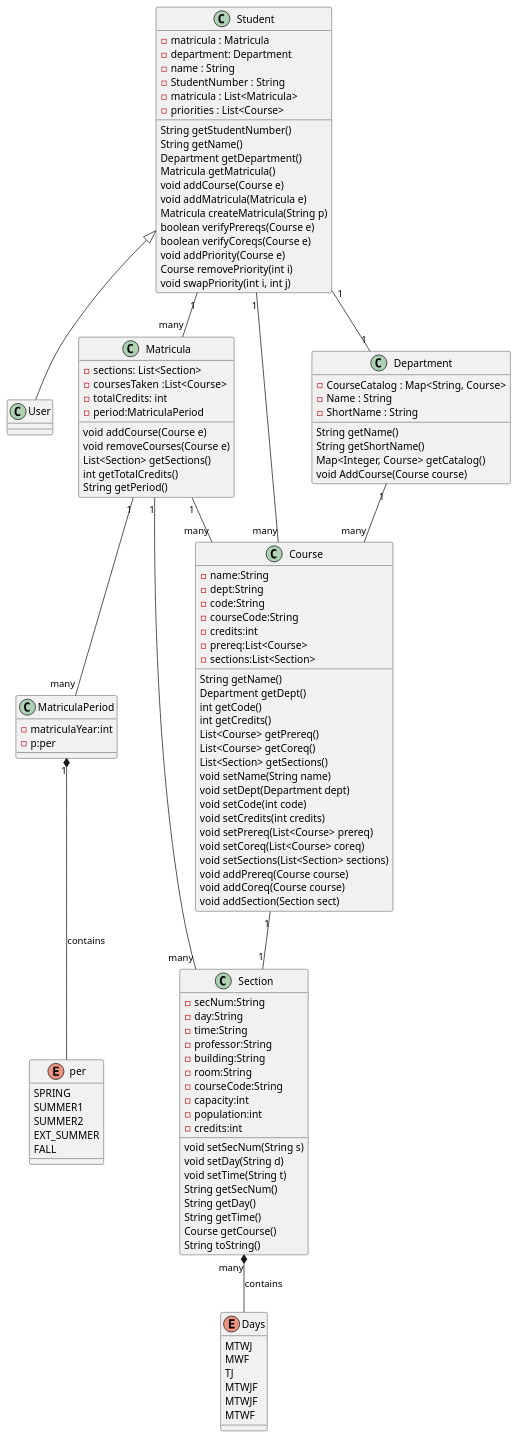
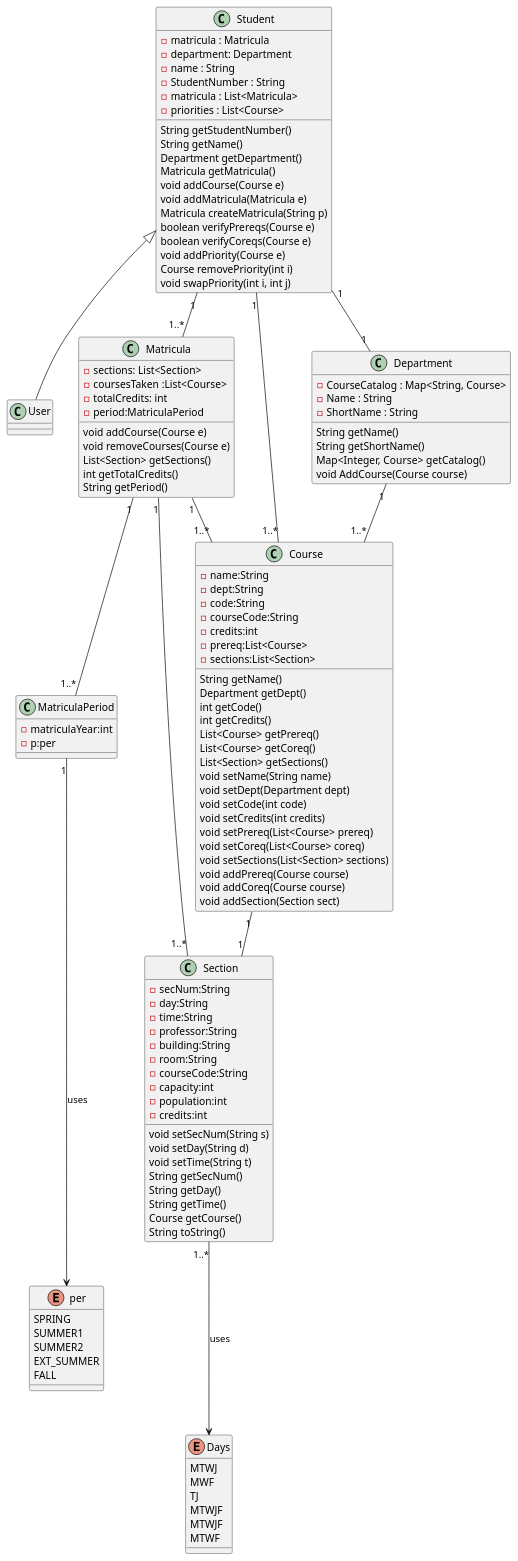
Before and after one commit to uprm-inso-4101-2020-2021-S1/semester-project-almond-software-llc: the diagram in front-end/src/classDiagram.puml, drawn with PlantUML.

Commit message:
updated diagram

```diff
--- a/front-end/src/classDiagram.puml
+++ b/front-end/src/classDiagram.puml
@@ -1,122 +1,122 @@
 @startuml classDiagram
 Student <|-- User
-MatriculaPeriod "1" *-- per:contains
-Section "many" *-- Days:contains
-Student "1" -- "many" Matricula 
-Student "1" -- "many" Course
+MatriculaPeriod "1" ---> per:uses
+Section "1..*" ---> Days:uses
+Student "1" -- "1..*" Matricula 
+Student "1" -- "1..*" Course
 Student "1" -- "1" Department
-Department "1" -- "many" Course
-Matricula "1" -- "many" Section
-Matricula "1" -- "many" Course
+Department "1" -- "1..*" Course
+Matricula "1" -- "1..*" Section
+Matricula "1" -- "1..*" Course
 Course "1" -- "1" Section
-Matricula "1" -- "many" MatriculaPeriod
+Matricula "1" -- "1..*" MatriculaPeriod
 
 Class Student{
     -matricula : Matricula
     -department: Department
     -name : String
     -StudentNumber : String
     -matricula : List<Matricula>
     -priorities : List<Course>
     String getStudentNumber()
     String getName()
     Department getDepartment()
     Matricula getMatricula()
     void addCourse(Course e)
     void addMatricula(Matricula e)
     Matricula createMatricula(String p)
     boolean verifyPrereqs(Course e)
     boolean verifyCoreqs(Course e)
     void addPriority(Course e)
     Course removePriority(int i)
     void swapPriority(int i, int j)
 }
 Class Department{
     -CourseCatalog : Map<String, Course>
     -Name : String
     -ShortName : String
     String getName()
     String getShortName()
     Map<Integer, Course> getCatalog()
     void AddCourse(Course course)
 
 }
 Class Matricula{
     -sections: List<Section>
     -coursesTaken :List<Course>
     -totalCredits: int
     -period:MatriculaPeriod
     void addCourse(Course e)
     void removeCourses(Course e)
     List<Section> getSections()
     int getTotalCredits()
     String getPeriod()
     
 }
 class MatriculaPeriod{
     -matriculaYear:int
     -p:per
 }
 enum per{
     SPRING 
     SUMMER1
     SUMMER2
     EXT_SUMMER
     FALL
 }
 Class Course{
     -name:String
     -dept:String
     -code:String
     -courseCode:String
     -credits:int
     -prereq:List<Course>
     -sections:List<Section>
     String getName()
     Department getDept()
     int getCode()
     int getCredits()
     List<Course> getPrereq()
     List<Course> getCoreq()
     List<Section> getSections()
     void setName(String name)
     void setDept(Department dept)
     void setCode(int code)
     void setCredits(int credits)
     void setPrereq(List<Course> prereq)
     void setCoreq(List<Course> coreq)
     void setSections(List<Section> sections)
     void addPrereq(Course course)
     void addCoreq(Course course)
     void addSection(Section sect)
 }
 Class Section{
     -secNum:String
     -day:String
     -time:String
     -professor:String
     -building:String
     -room:String
     -courseCode:String
     -capacity:int
     -population:int
     -credits:int
     void setSecNum(String s)
     void setDay(String d)
     void setTime(String t)
     String getSecNum()
     String getDay()
     String getTime()
     Course getCourse()
     String toString()
 }
 enum Days{
     MTWJ
     MWF
     TJ
     MTWJF
     MTWJF
     MTWF
 
 }
 @enduml
```
